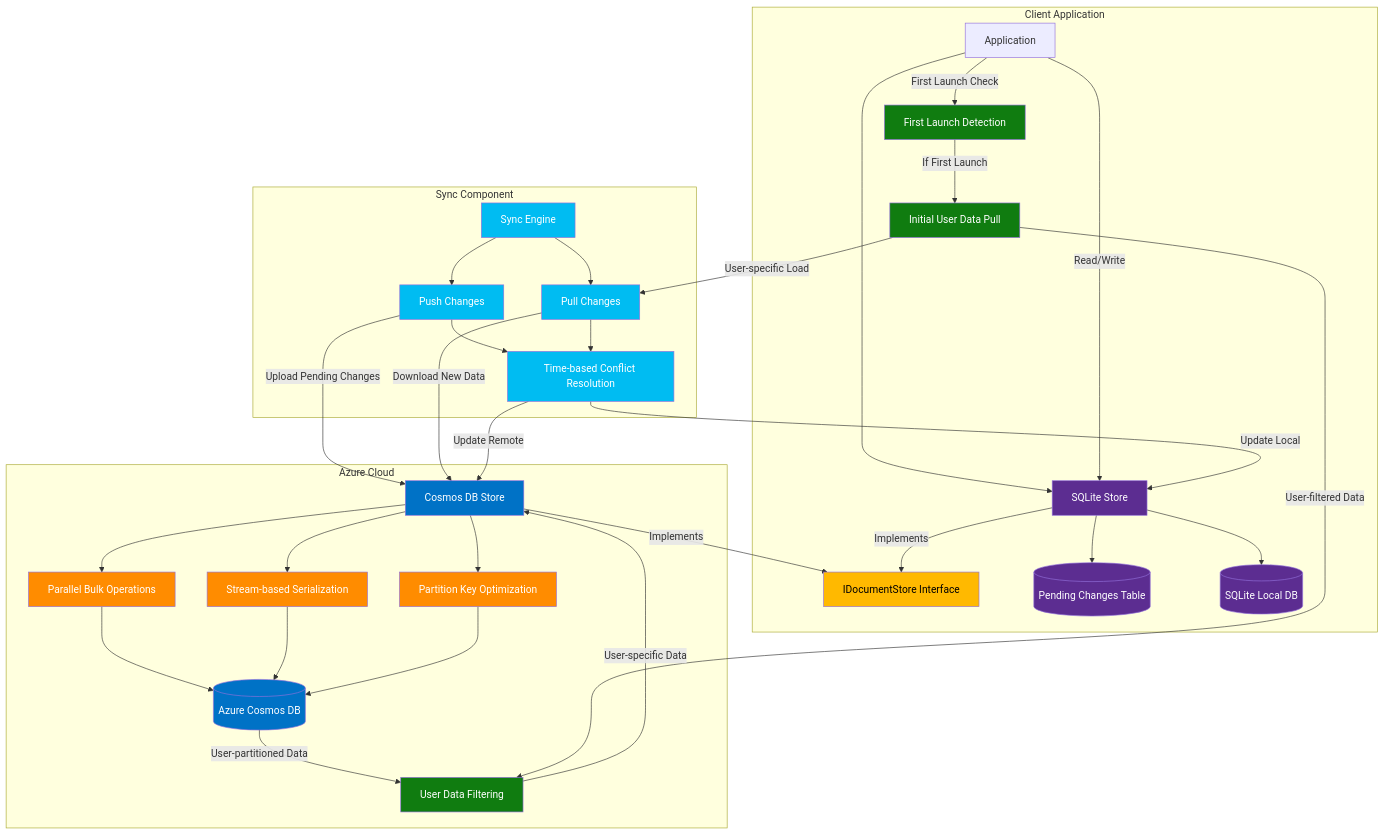
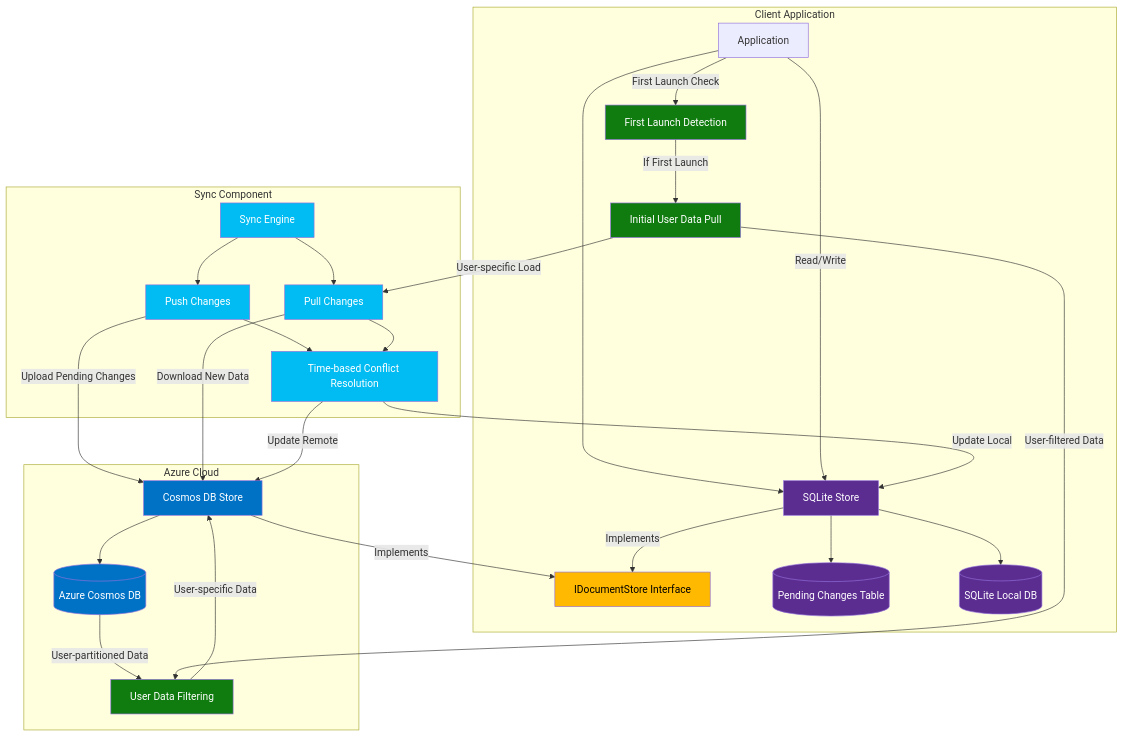
One commit to madhugilla/customsync changed the first of 2 diagrams in README.md. Above: the diagram before and after it, drawn with Mermaid. The commit also changed other lines of this file, not shown here.

````diff
--- a/README.md
+++ b/README.md
@@ -11,52 +16,45 @@
 ```mermaid
 graph TD
     subgraph Client Application
         App[Application] --> LocalStore[SQLite Store]
         LocalStore -- Implements --> IStore[IDocumentStore Interface]
         LocalStore --> PendingChanges[(Pending Changes Table)]
         LocalStore --> LocalDB[(SQLite Local DB)]
         App -- First Launch Check --> FirstLaunch[First Launch Detection]
         FirstLaunch -- If First Launch --> InitialPull[Initial User Data Pull]
     end
     
     subgraph Sync Component
         SyncEngine[Sync Engine] --> Push[Push Changes]
         SyncEngine --> Pull[Pull Changes]
         InitialPull -- User-specific Load --> Pull
         Push --> ConflictResolution[Time-based Conflict Resolution]
         Pull --> ConflictResolution
     end
     
     subgraph Azure Cloud
         RemoteStore[Cosmos DB Store] -- Implements --> IStore
-        RemoteStore --> OptimizedBulk[Parallel Bulk Operations]
-        RemoteStore --> StreamSerialization[Stream-based Serialization]
-        RemoteStore --> PointReadOpt[Partition Key Optimization]
-        OptimizedBulk --> CosmosDB[(Azure Cosmos DB)]
-        StreamSerialization --> CosmosDB
-        PointReadOpt --> CosmosDB
+        RemoteStore --> CosmosDB[(Azure Cosmos DB)]
         CosmosDB -- User-partitioned Data --> UserFilter[User Data Filtering]
     end
     
     App -- Read/Write --> LocalStore
     Push -- Upload Pending Changes --> RemoteStore
     Pull -- Download New Data --> RemoteStore
     InitialPull -- User-filtered Data --> UserFilter
     UserFilter -- User-specific Data --> RemoteStore
     ConflictResolution -- Update Local --> LocalStore
     ConflictResolution -- Update Remote --> RemoteStore
     
     classDef azure fill:#0072C6,color:white;
     classDef local fill:#5C2D91,color:white;
     classDef component fill:#00BCF2,color:white;
     classDef interface fill:#FFB900,color:black;
     classDef user fill:#107C10,color:white;
-    classDef optimization fill:#FF8C00,color:white;
     
     class RemoteStore,CosmosDB azure;
     class LocalStore,LocalDB,PendingChanges local;
     class SyncEngine,Push,Pull,ConflictResolution component;
     class IStore interface;
     class FirstLaunch,InitialPull,UserFilter user;
-    class OptimizedBulk,StreamSerialization,PointReadOpt optimization;
 ```
````
